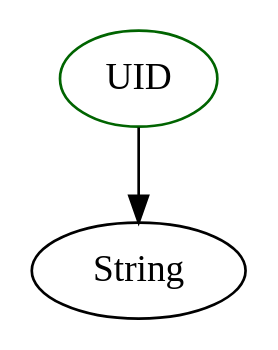
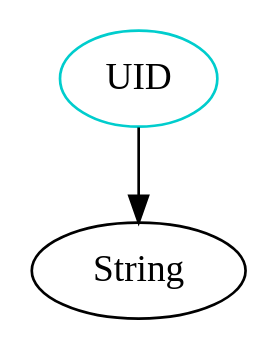
The diagram in analysis/TypeDependencyGraphs/lang/UID.dot (JacquesCarette/Drasil), drawn with Graphviz before and after one commit. The commit also changed 593 other files, not shown here.

```diff
--- a/analysis/TypeDependencyGraphs/lang/UID.dot
+++ b/analysis/TypeDependencyGraphs/lang/UID.dot
@@ -1,4 +1,4 @@
 digraph uid{
-UID	[shape=oval, color=darkgreen, label="UID"];
+UID	[shape=oval, color=cyan3, label="UID"];
 UID -> String;
 }
```
